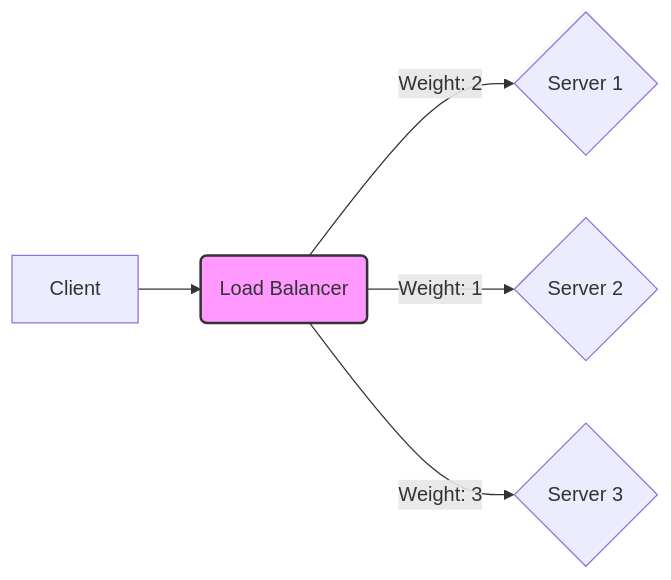
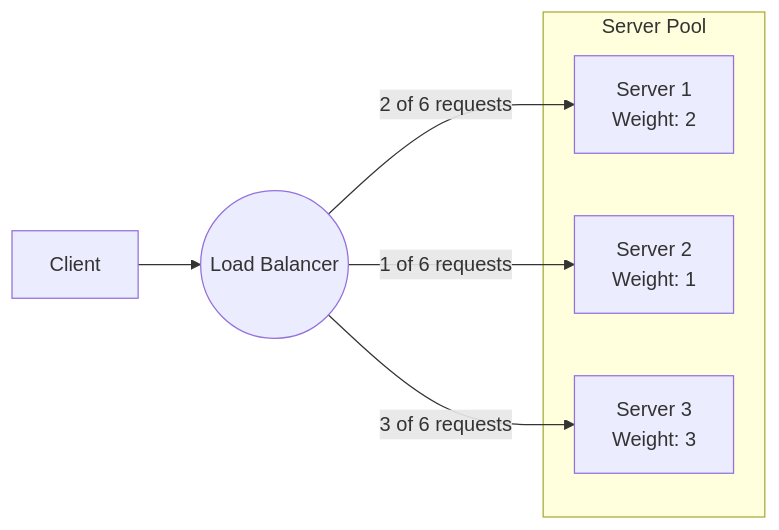
One commit to muthuspark/system-design changed the third of 6 diagrams in posts/scalability/load-balancing-algorithms/index.qmd. Above: the diagram before and after it, drawn with Mermaid. The commit also changed other lines of this file and 302 other files, not shown here.

````diff
--- a/posts/scalability/load-balancing-algorithms/index.qmd
+++ b/posts/scalability/load-balancing-algorithms/index.qmd
@@ -89,8 +109,19 @@
 ```{mermaid}
-graph LR
-A[Client] --> B(Load Balancer);
-B -- Weight: 2 --> C{Server 1};
-B -- Weight: 1 --> D{Server 2};
-B -- Weight: 3 --> E{Server 3};
-style B fill:#f9f,stroke:#333,stroke-width:2px
+flowchart LR
+    C[Client]
+    LB((Load Balancer))
+    
+    subgraph "Server Pool"
+        S1["Server 1
+        Weight: 2"]
+        S2["Server 2
+        Weight: 1"]
+        S3["Server 3
+        Weight: 3"]
+    end
+    
+    C --> LB
+    LB -->|2 of 6 requests| S1
+    LB -->|1 of 6 requests| S2
+    LB -->|3 of 6 requests| S3
 ```
````
